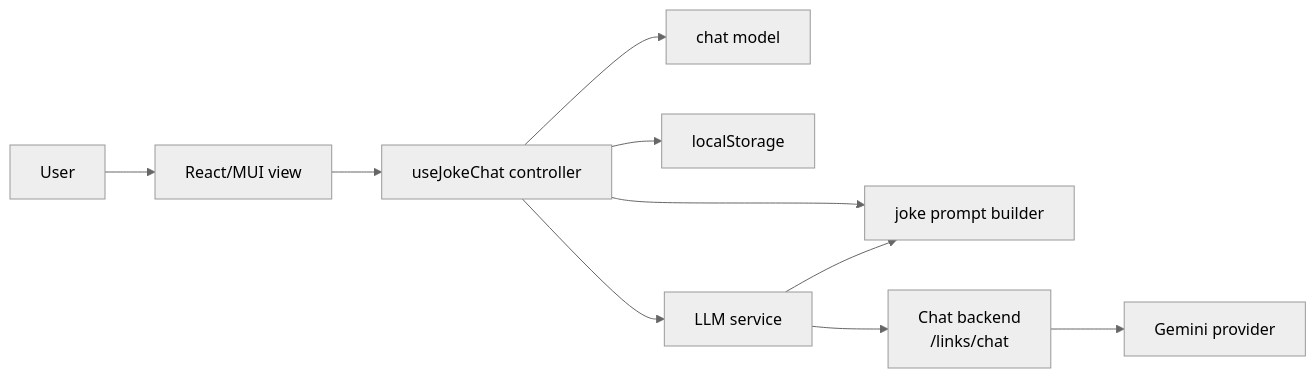
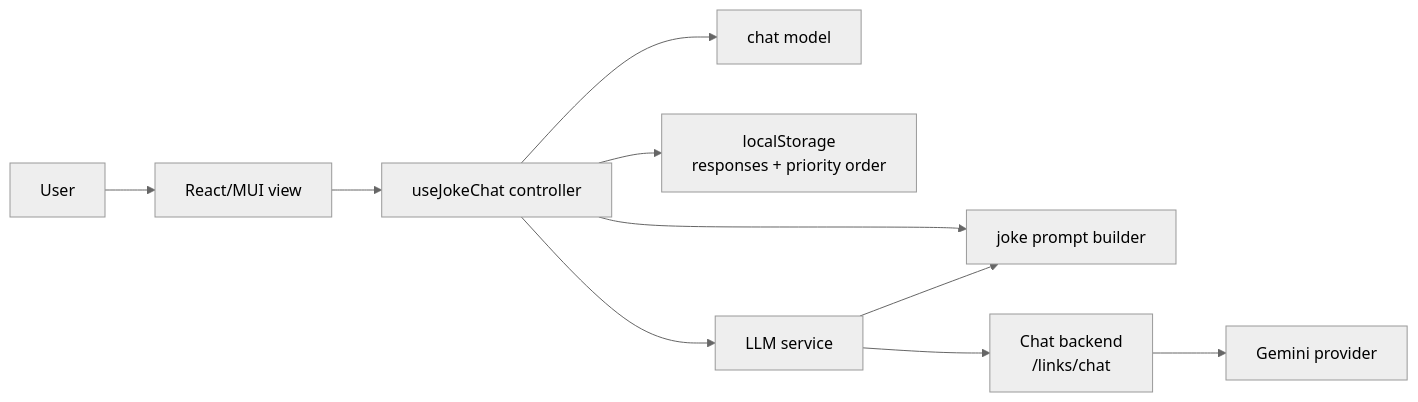
One commit to johnpfeiffer/joker changed the first of 2 diagrams in architecture.md. Above: the diagram before and after it, drawn with Mermaid (neutral theme). The commit also changed other lines of this file and 12 other files, not shown here.

````diff
--- a/architecture.md
+++ b/architecture.md
@@ -5,12 +5,12 @@
 ```mermaid
 flowchart LR
   U["User"] --> V["React/MUI view"]
   V --> C["useJokeChat controller"]
   C --> M["chat model"]
   C --> P["joke prompt builder"]
-  C --> S["localStorage"]
+  C --> S["localStorage<br/>responses + priority order"]
   C --> L["LLM service"]
   L --> P
   L --> A["Chat backend<br/>/links/chat"]
   A --> G["Gemini provider"]
 ```
````
